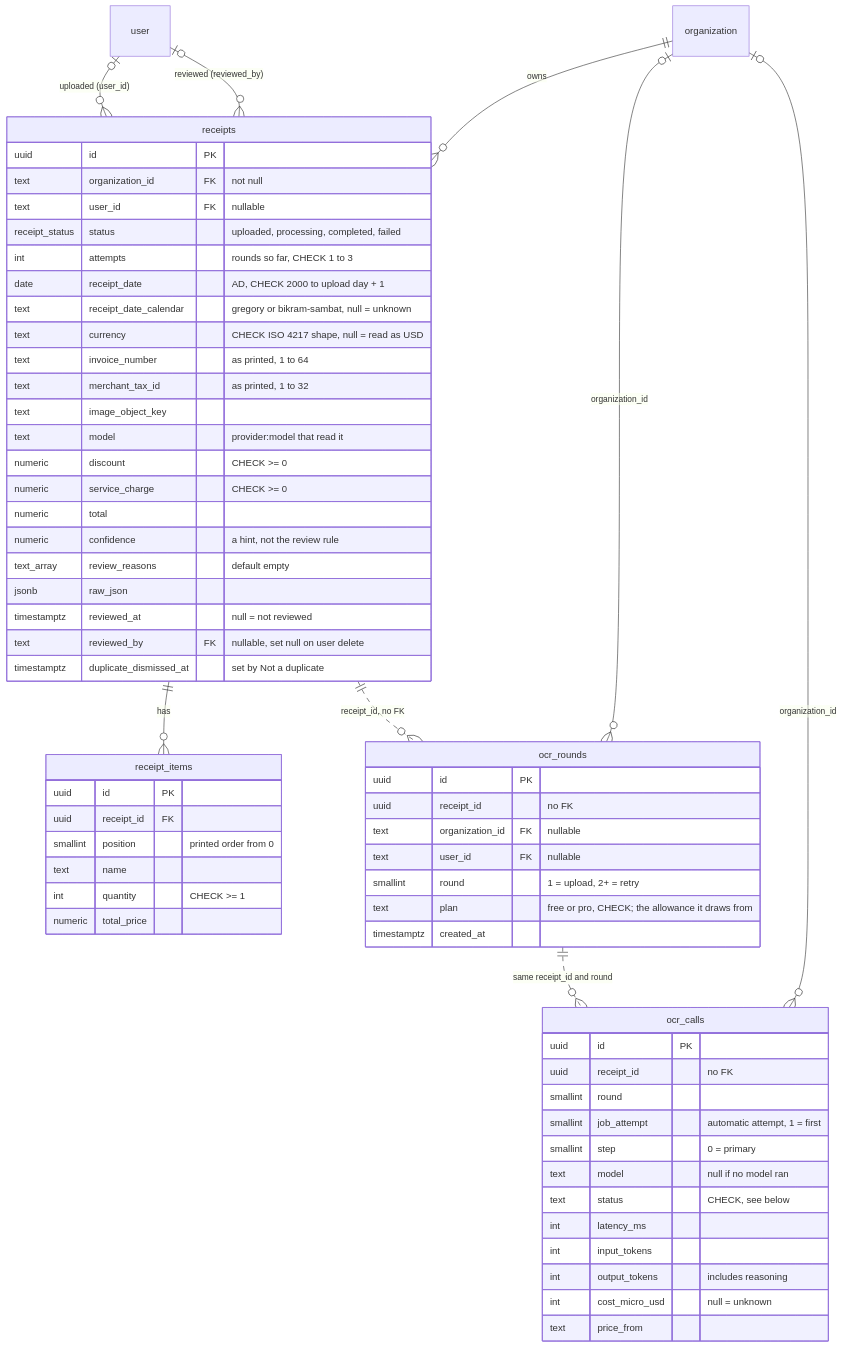
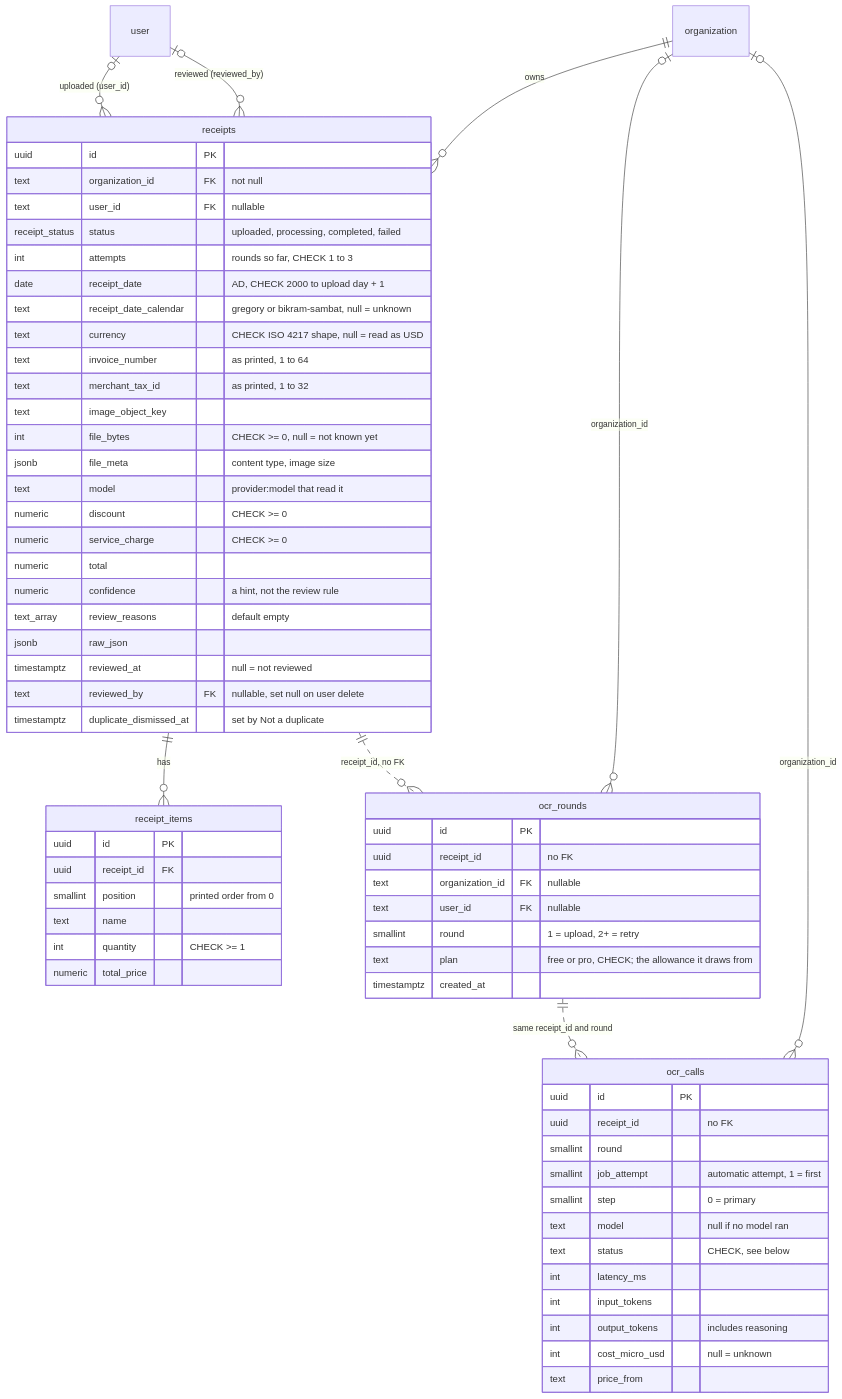
One commit to bhimrazy/receipt-ocr-app changed the second of 7 diagrams in docs/architecture/data-model.md. Above: the diagram before and after it, drawn with Mermaid. The commit also changed other lines of this file and 75 other files, not shown here.

````diff
--- a/docs/architecture/data-model.md
+++ b/docs/architecture/data-model.md
@@ -140,66 +140,68 @@
 ```mermaid
 erDiagram
   organization ||--o{ receipts : "owns"
   user |o--o{ receipts : "uploaded (user_id)"
   user |o--o{ receipts : "reviewed (reviewed_by)"
   receipts ||--o{ receipt_items : "has"
   receipts ||..o{ ocr_rounds : "receipt_id, no FK"
   ocr_rounds ||..o{ ocr_calls : "same receipt_id and round"
   organization |o--o{ ocr_rounds : "organization_id"
   organization |o--o{ ocr_calls : "organization_id"
 
   receipts {
     uuid id PK
     text organization_id FK "not null"
     text user_id FK "nullable"
     receipt_status status "uploaded, processing, completed, failed"
     int attempts "rounds so far, CHECK 1 to 3"
     date receipt_date "AD, CHECK 2000 to upload day + 1"
     text receipt_date_calendar "gregory or bikram-sambat, null = unknown"
     text currency "CHECK ISO 4217 shape, null = read as USD"
     text invoice_number "as printed, 1 to 64"
     text merchant_tax_id "as printed, 1 to 32"
     text image_object_key
+    int file_bytes "CHECK >= 0, null = not known yet"
+    jsonb file_meta "content type, image size"
     text model "provider:model that read it"
     numeric discount "CHECK >= 0"
     numeric service_charge "CHECK >= 0"
     numeric total
     numeric confidence "a hint, not the review rule"
     text_array review_reasons "default empty"
     jsonb raw_json
     timestamptz reviewed_at "null = not reviewed"
     text reviewed_by FK "nullable, set null on user delete"
     timestamptz duplicate_dismissed_at "set by Not a duplicate"
   }
   receipt_items {
     uuid id PK
     uuid receipt_id FK
     smallint position "printed order from 0"
     text name
     int quantity "CHECK >= 1"
     numeric total_price
   }
   ocr_rounds {
     uuid id PK
     uuid receipt_id "no FK"
     text organization_id FK "nullable"
     text user_id FK "nullable"
     smallint round "1 = upload, 2+ = retry"
     text plan "free or pro, CHECK; the allowance it draws from"
     timestamptz created_at
   }
   ocr_calls {
     uuid id PK
     uuid receipt_id "no FK"
     smallint round
     smallint job_attempt "automatic attempt, 1 = first"
     smallint step "0 = primary"
     text model "null if no model ran"
     text status "CHECK, see below"
     int latency_ms
     int input_tokens
     int output_tokens "includes reasoning"
     int cost_micro_usd "null = unknown"
     text price_from
   }
 ```
````
